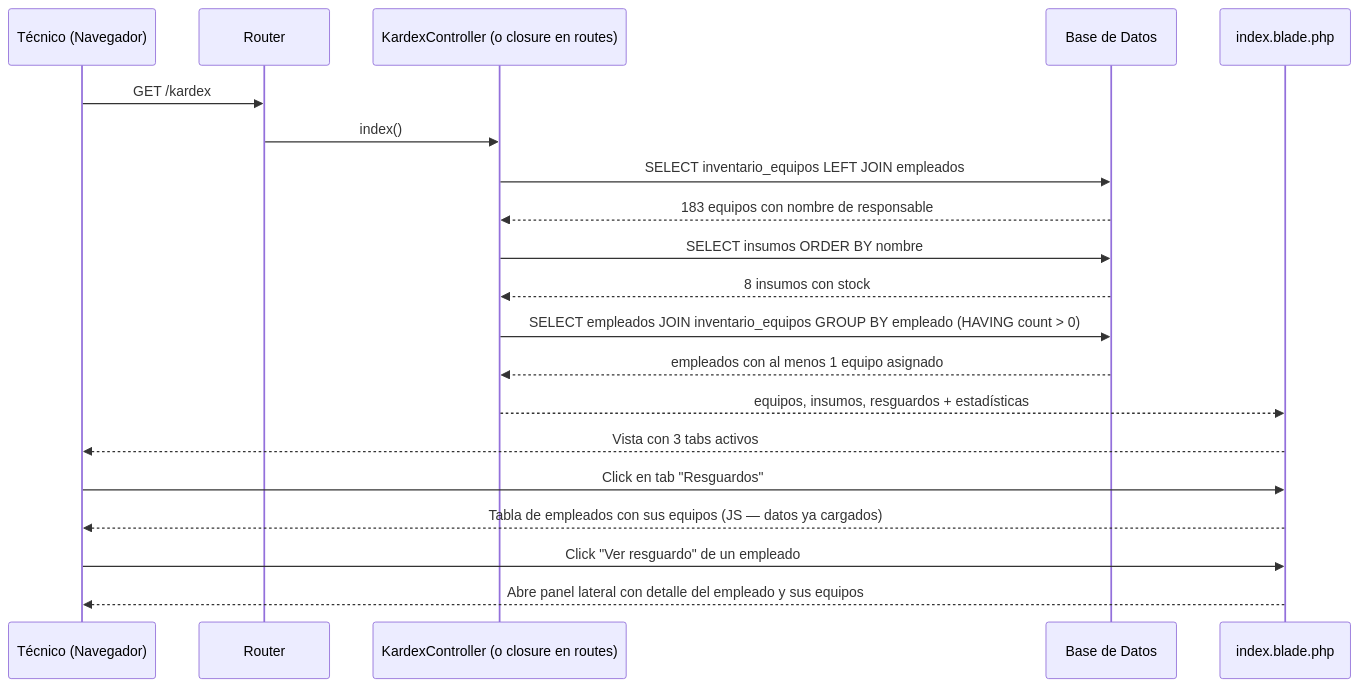
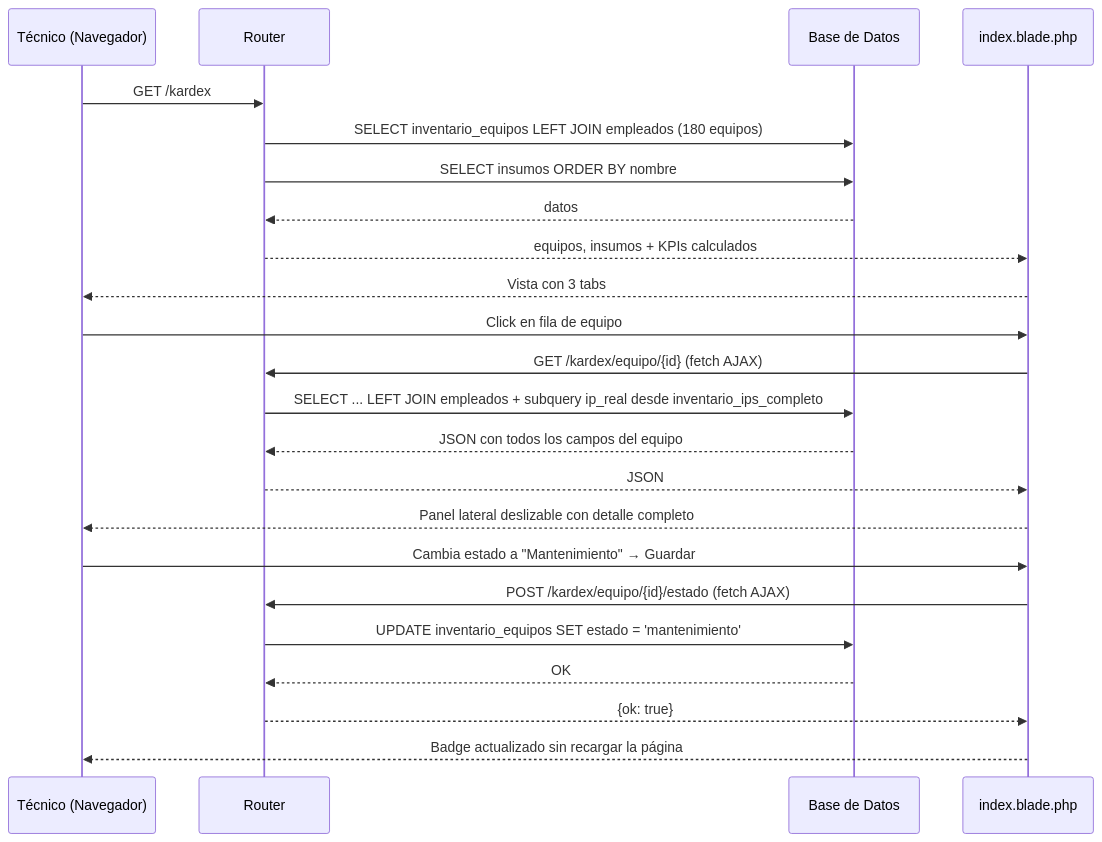
The first of 2 diagrams in IMJUnificado/Doc/modulo-kardex.md (SoporteIMJUVE/IMJTickets), drawn with Mermaid before and after one commit. The commit also changed other lines of this file and 10 other files, not shown here.

````diff
--- a/IMJUnificado/Doc/modulo-kardex.md
+++ b/IMJUnificado/Doc/modulo-kardex.md
@@ -80,25 +108,28 @@
 ```mermaid
 sequenceDiagram
     participant T as Técnico (Navegador)
     participant R as Router
-    participant C as KardexController (o closure en routes)
     participant BD as Base de Datos
     participant V as index.blade.php
 
     T->>R: GET /kardex
-    R->>C: index()
-    C->>BD: SELECT inventario_equipos LEFT JOIN empleados
-    BD-->>C: 183 equipos con nombre de responsable
-    C->>BD: SELECT insumos ORDER BY nombre
-    BD-->>C: 8 insumos con stock
-    C->>BD: SELECT empleados JOIN inventario_equipos GROUP BY empleado (HAVING count > 0)
-    BD-->>C: empleados con al menos 1 equipo asignado
-    C-->>V: equipos, insumos, resguardos + estadísticas
-    V-->>T: Vista con 3 tabs activos
+    R->>BD: SELECT inventario_equipos LEFT JOIN empleados (180 equipos)
+    R->>BD: SELECT insumos ORDER BY nombre
+    BD-->>R: datos
+    R-->>V: equipos, insumos + KPIs calculados
+    V-->>T: Vista con 3 tabs
 
-    T->>V: Click en tab "Resguardos"
-    V-->>T: Tabla de empleados con sus equipos (JS — datos ya cargados)
+    T->>V: Click en fila de equipo
+    V->>R: GET /kardex/equipo/{id}  (fetch AJAX)
+    R->>BD: SELECT ... LEFT JOIN empleados + subquery ip_real desde inventario_ips_completo
+    BD-->>R: JSON con todos los campos del equipo
+    R-->>V: JSON
+    V-->>T: Panel lateral deslizable con detalle completo
 
-    T->>V: Click "Ver resguardo" de un empleado
-    V-->>T: Abre panel lateral con detalle del empleado y sus equipos
+    T->>V: Cambia estado a "Mantenimiento" → Guardar
+    V->>R: POST /kardex/equipo/{id}/estado  (fetch AJAX)
+    R->>BD: UPDATE inventario_equipos SET estado = 'mantenimiento'
+    BD-->>R: OK
+    R-->>V: {ok: true}
+    V-->>T: Badge actualizado sin recargar la página
 ```
````
